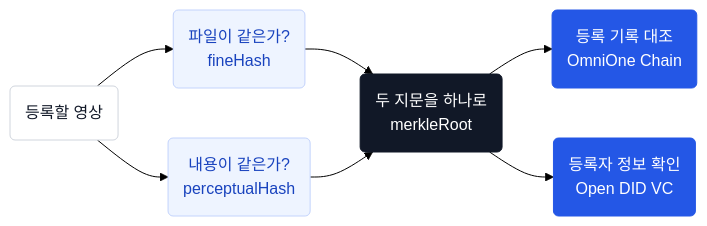
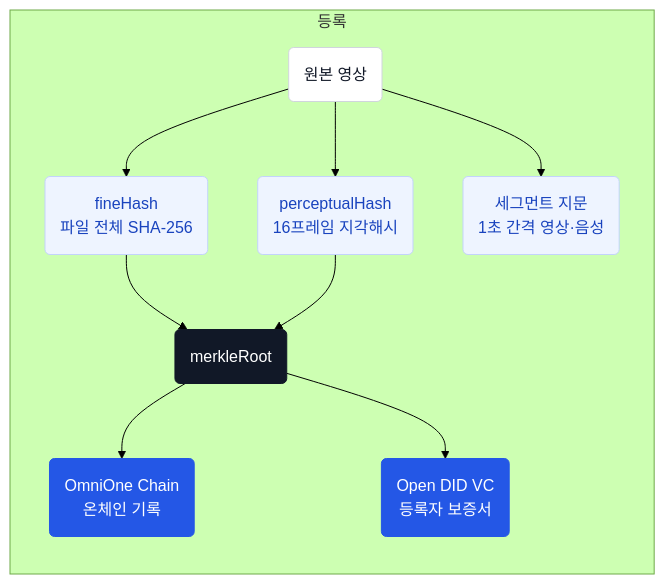
One commit to 2026-hackathon-Jinbon/jinbon-docs changed the diagram in dev-center/docs/developers/guide/introduction.md. Above: the diagram before and after it, drawn with Mermaid (forest theme). The commit also changed other lines of this file and 11 other files, not shown here.

````diff
--- a/dev-center/docs/developers/guide/introduction.md
+++ b/dev-center/docs/developers/guide/introduction.md
@@ -13,14 +21,17 @@
 ```mermaid
 flowchart LR
-  V("등록할 영상"):::input --> H1("파일이 같은가?<br/>fineHash"):::soft
-  V --> H2("내용이 같은가?<br/>perceptualHash"):::soft
-  H1 --> M("두 지문을 하나로<br/>merkleRoot"):::ink
-  H2 --> M
-  M --> CH("등록 기록 대조<br/>OmniOne Chain"):::primary
-  M --> VC("등록자 정보 확인<br/>Open DID VC"):::primary
+  subgraph REG["등록"]
+    V("원본 영상"):::input --> H1("fineHash<br/>파일 전체 SHA-256"):::soft
+    V --> H2("perceptualHash<br/>16프레임 지각해시"):::soft
+    V --> H3("세그먼트 지문<br/>1초 간격 영상·음성"):::soft
+    H1 --> M("merkleRoot"):::ink
+    H2 --> M
+    M --> CH("OmniOne Chain<br/>온체인 기록"):::primary
+    M --> VC("Open DID VC<br/>등록자 보증서"):::primary
+  end
 
   classDef input fill:#FFFFFF,stroke:#D0D5DD,color:#111827
   classDef soft fill:#EEF4FF,stroke:#C3D3FC,color:#1943BE
   classDef primary fill:#2457E6,stroke:#2457E6,color:#FFFFFF
   classDef ink fill:#111827,stroke:#111827,color:#FFFFFF
 ```
````
